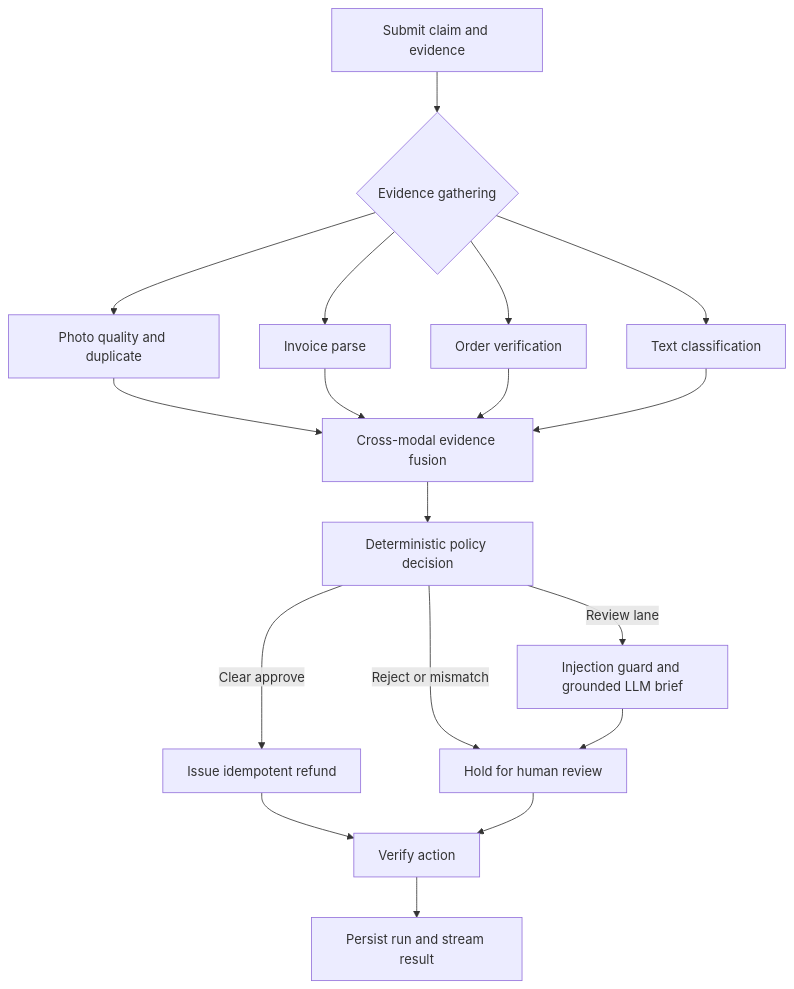
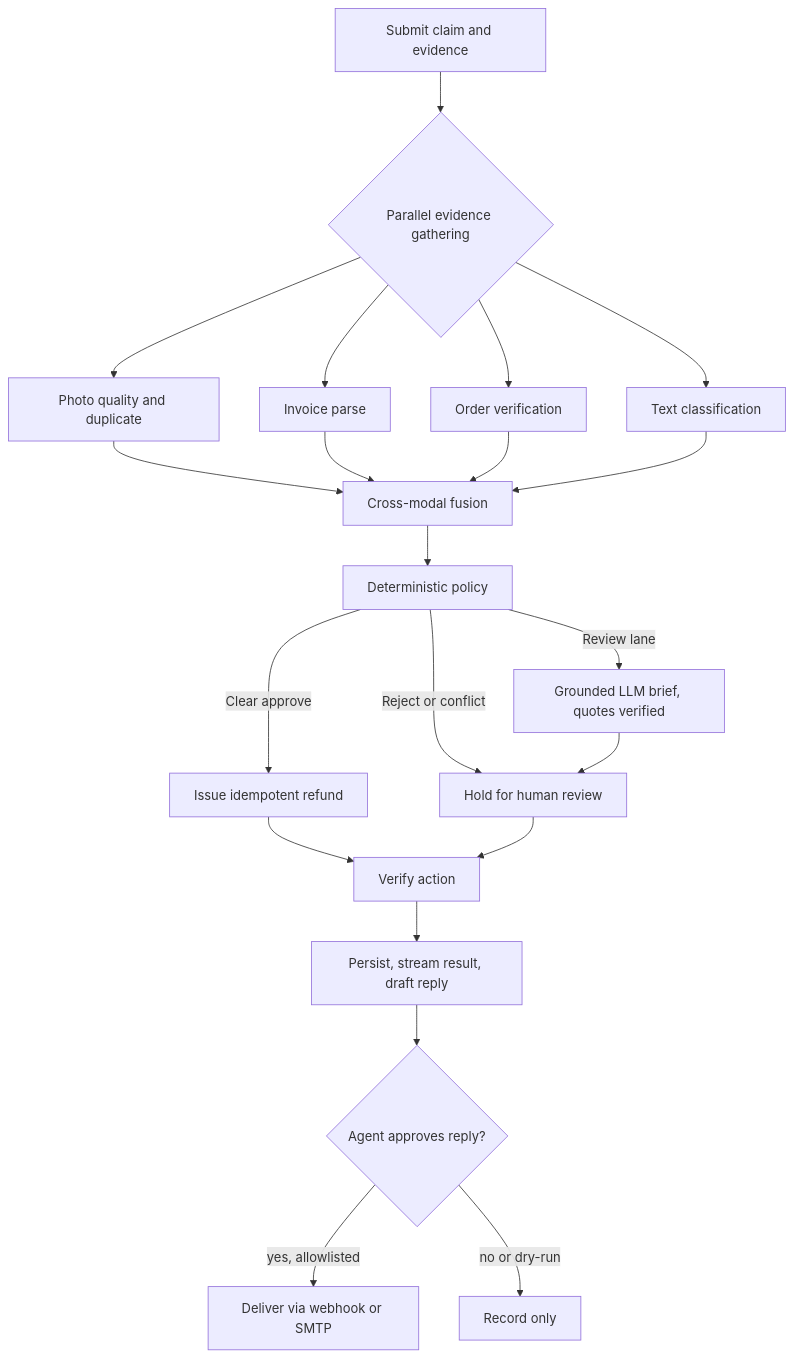
One commit to lakshaysharmaug22-crypto/Nyaya-Evidence-Grounded-Multimodal-Claim-Resolution-Agent changed the second of 2 diagrams in README.md. Above: the diagram before and after it, drawn with Mermaid. The commit also changed other lines of this file and 1 other file, not shown here.

````diff
--- a/README.md
+++ b/README.md
@@ -48,20 +51,23 @@
 ```mermaid
 flowchart TD
-    S[Submit claim and evidence] --> Q{Evidence gathering}
+    S[Submit claim and evidence] --> Q{Parallel evidence gathering}
     Q --> Q1[Photo quality and duplicate]
     Q --> Q2[Invoice parse]
     Q --> Q3[Order verification]
     Q --> Q4[Text classification]
-    Q1 --> F[Cross-modal evidence fusion]
+    Q1 --> F[Cross-modal fusion]
     Q2 --> F
     Q3 --> F
     Q4 --> F
-    F --> P[Deterministic policy decision]
+    F --> P[Deterministic policy]
     P -->|Clear approve| A[Issue idempotent refund]
-    P -->|Reject or mismatch| H[Hold for human review]
-    P -->|Review lane| G[Injection guard and grounded LLM brief]
+    P -->|Reject or conflict| H[Hold for human review]
+    P -->|Review lane| G[Grounded LLM brief, quotes verified]
     G --> H
     A --> V[Verify action]
     H --> V
-    V --> E[Persist run and stream result]
+    V --> E[Persist, stream result, draft reply]
+    E --> R{Agent approves reply?}
+    R -->|yes, allowlisted| D[Deliver via webhook or SMTP]
+    R -->|no or dry-run| L[Record only]
 ```
````
